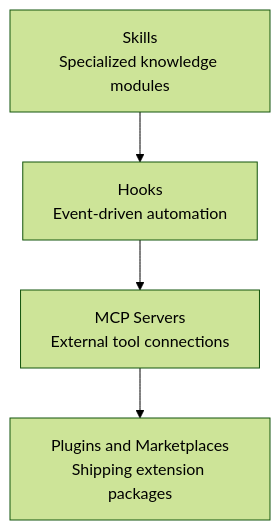
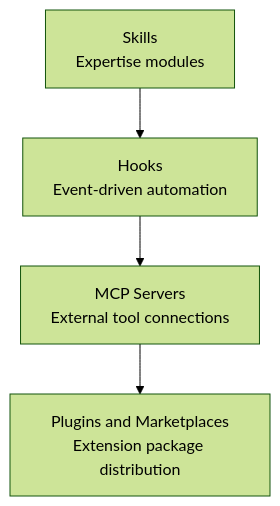
One commit to modu-ai/moai-adk changed the diagram in docs-site/content/en/claude-code/extensibility/_index.md. Above: the diagram before and after it, drawn with Mermaid (forest theme). The commit also changed other lines of this file and 395 other files, not shown here.

````diff
--- a/docs-site/content/en/claude-code/extensibility/_index.md
+++ b/docs-site/content/en/claude-code/extensibility/_index.md
@@ -16,6 +18,6 @@
 ```mermaid
 flowchart TD
-    A[Skills<br/>Specialized knowledge modules] --> B[Hooks<br/>Event-driven automation]
+    A[Skills<br/>Expertise modules] --> B[Hooks<br/>Event-driven automation]
     B --> C[MCP Servers<br/>External tool connections]
-    C --> D[Plugins and Marketplaces<br/>Shipping extension packages]
+    C --> D[Plugins and Marketplaces<br/>Extension package distribution]
 ```
````
